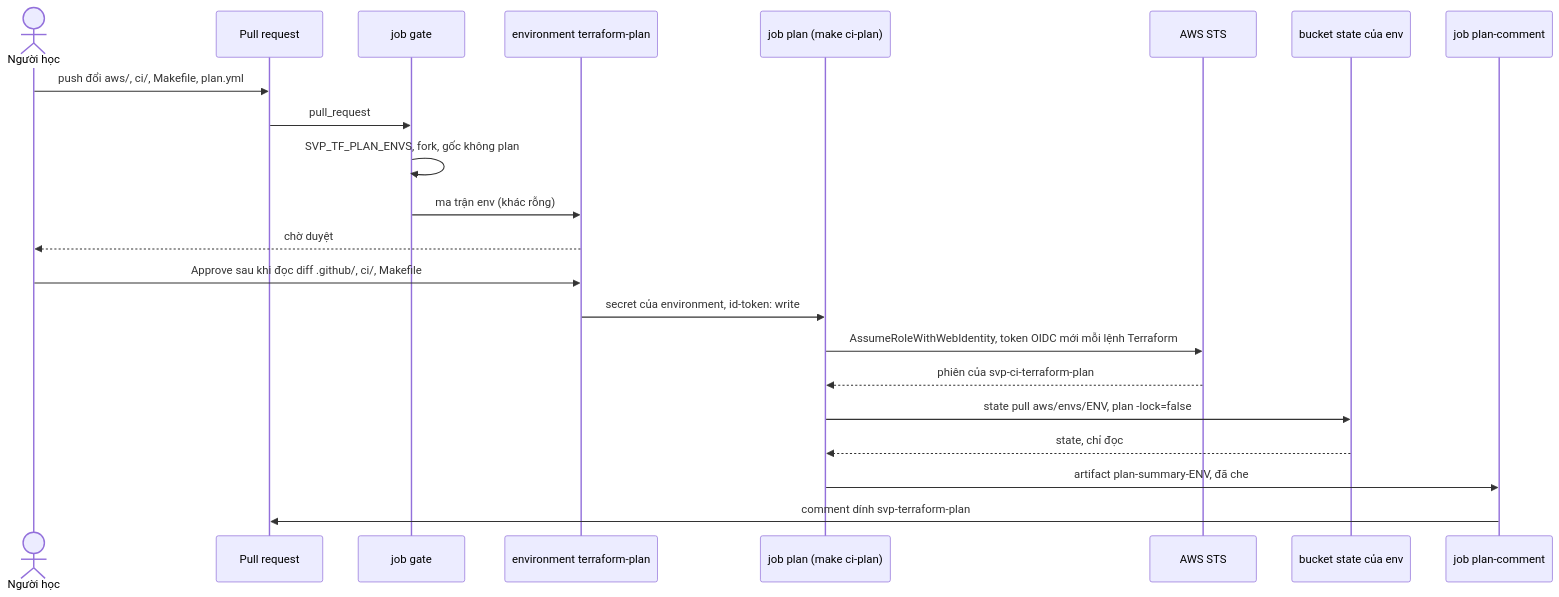
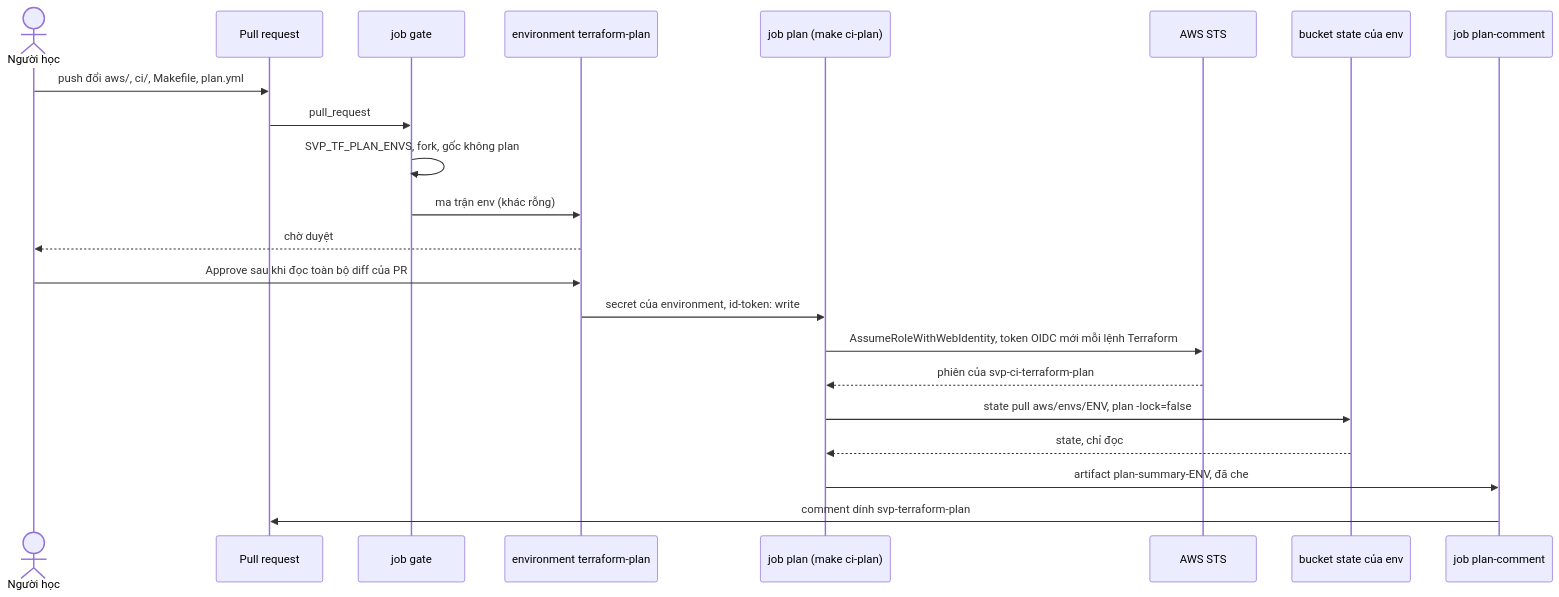
Before and after one commit to anhnvcoder/svp-infra: the first of 8 diagrams in README.md, drawn with Mermaid. The commit also changed other lines of this file and 36 other files, not shown here.

````diff
--- a/README.md
+++ b/README.md
@@ -401,24 +404,24 @@
 ```mermaid
 sequenceDiagram
     actor Learner as Người học
     participant PR as Pull request
     participant Gate as job gate
     participant Env as environment terraform-plan
     participant Plan as job plan (make ci-plan)
     participant STS as AWS STS
     participant State as bucket state của env
     participant Comment as job plan-comment
     Learner->>PR: push đổi aws/, ci/, Makefile, plan.yml
     PR->>Gate: pull_request
     Gate->>Gate: SVP_TF_PLAN_ENVS, fork, gốc không plan
     Gate->>Env: ma trận env (khác rỗng)
     Env-->>Learner: chờ duyệt
-    Learner->>Env: Approve sau khi đọc diff .github/, ci/, Makefile
+    Learner->>Env: Approve sau khi đọc toàn bộ diff của PR
     Env->>Plan: secret của environment, id-token: write
     Plan->>STS: AssumeRoleWithWebIdentity, token OIDC mới mỗi lệnh Terraform
     STS-->>Plan: phiên của svp-ci-terraform-plan
     Plan->>State: state pull aws/envs/ENV, plan -lock=false
     State-->>Plan: state, chỉ đọc
     Plan->>Comment: artifact plan-summary-ENV, đã che
     Comment->>PR: comment dính svp-terraform-plan
 ```
````
